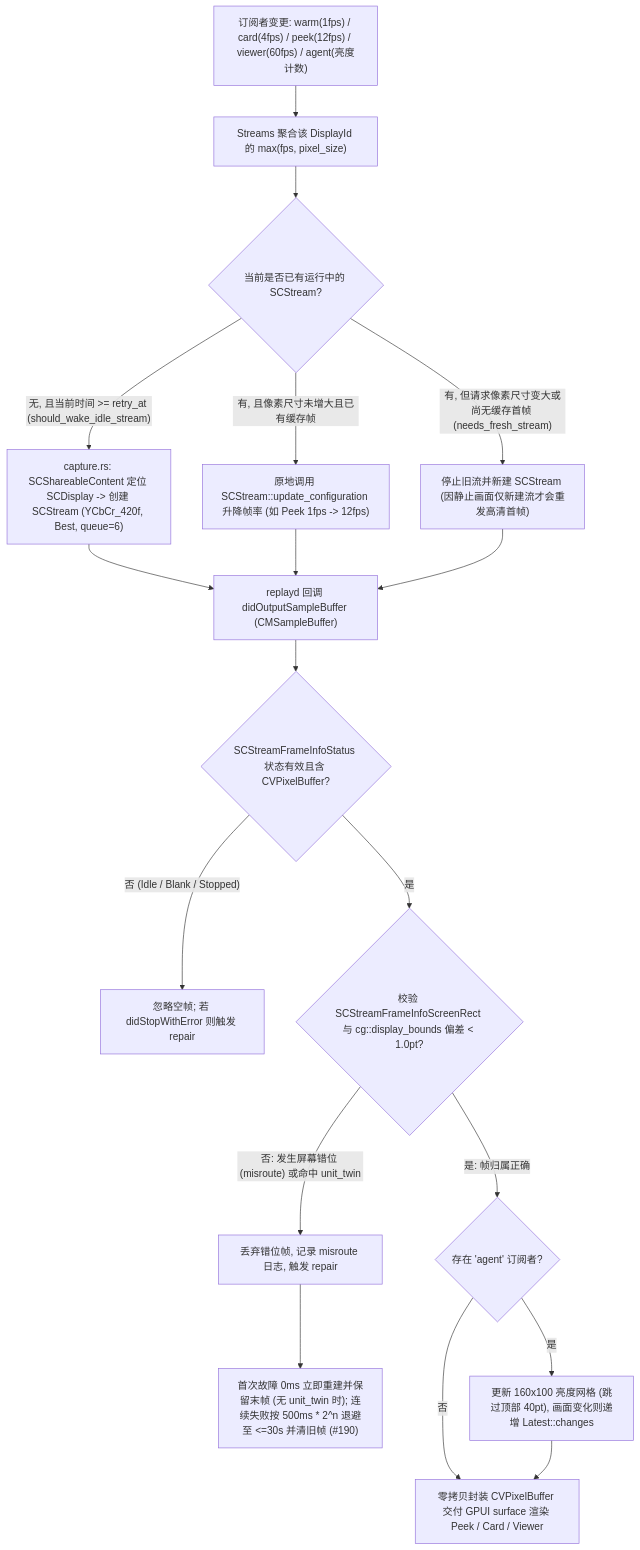
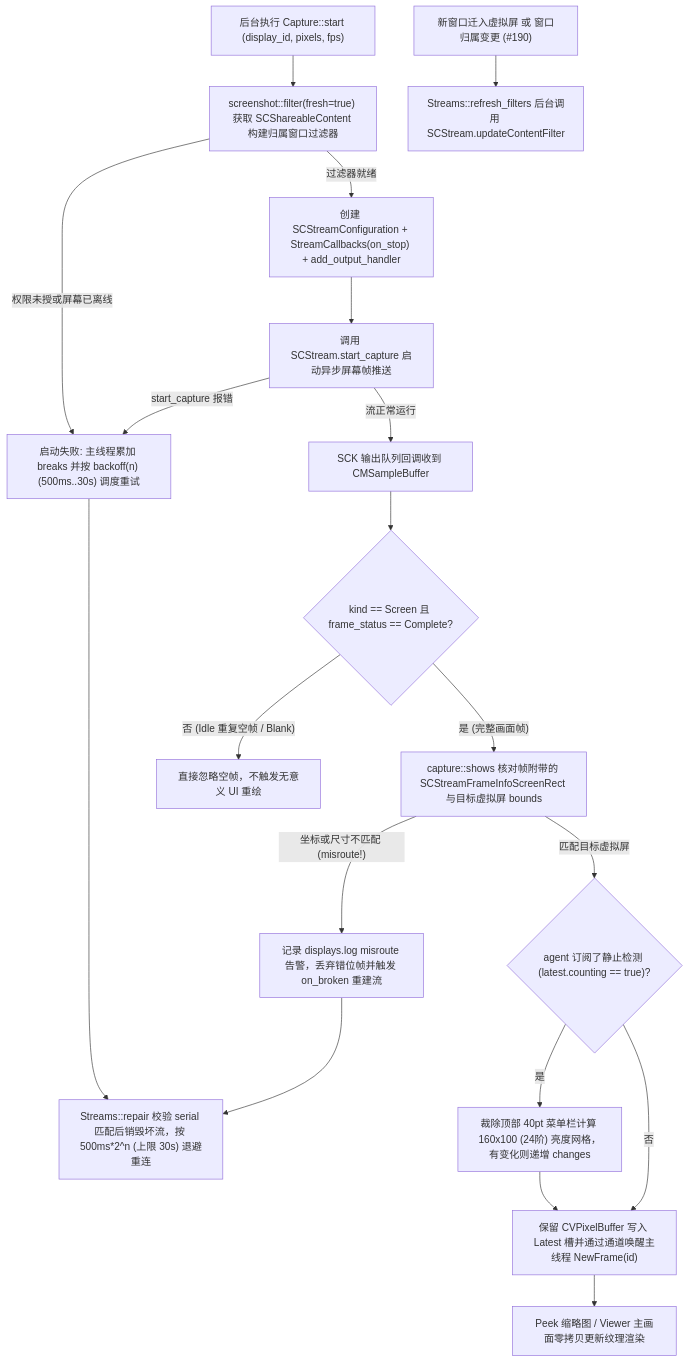
Before and after one commit to Fanzzzd/agent-screen: the second of 2 diagrams in docs/flows/09-peek-and-stream-pipeline.md, drawn with Mermaid. The commit also changed other lines of this file and 16 other files, not shown here.

First line of the commit message:
docs(docs): verify all claims and expand macos flow maps

````diff
--- a/docs/flows/09-peek-and-stream-pipeline.md
+++ b/docs/flows/09-peek-and-stream-pipeline.md
@@ -7,22 +69,21 @@
 ```mermaid
 flowchart TD
-    SUB["订阅者变更: warm(1fps) / card(4fps) / peek(12fps) / viewer(60fps) / agent(亮度计数)"] --> AGG["Streams 聚合该 DisplayId 的 max(fps, pixel_size)"]
-    AGG --> CHK{"当前是否已有运行中的 SCStream?"}
-
-    CHK -- "无, 且当前时间 >= retry_at (should_wake_idle_stream)" --> NEW["capture.rs: SCShareableContent 定位 SCDisplay -> 创建 SCStream (YCbCr_420f, Best, queue=6)"]
-    CHK -- "有, 且像素尺寸未增大且已有缓存帧" --> UPD["原地调用 SCStream::update_configuration 升降帧率 (如 Peek 1fps -> 12fps)"]
-    CHK -- "有, 但请求像素尺寸变大或尚无缓存首帧 (needs_fresh_stream)" --> RST["停止旧流并新建 SCStream (因静止画面仅新建流才会重发高清首帧)"]
-
-    NEW & UPD & RST --> CB["replayd 回调 didOutputSampleBuffer (CMSampleBuffer)"]
-    CB --> STAT{"SCStreamFrameInfoStatus 状态有效且含 CVPixelBuffer?"}
-    STAT -- "否 (Idle / Blank / Stopped)" --> IGNORE["忽略空帧; 若 didStopWithError 则触发 repair"]
-    STAT -- "是" --> MIS{"校验 SCStreamFrameInfoScreenRect 与 cg::display_bounds 偏差 < 1.0pt?"}
-
-    MIS -- "否: 发生屏幕错位 (misroute) 或命中 unit_twin" --> DROP["丢弃错位帧, 记录 misroute 日志, 触发 repair"]
-    DROP --> REP["首次故障 0ms 立即重建并保留末帧 (无 unit_twin 时); 连续失败按 500ms * 2^n 退避至 <=30s 并清旧帧 (#190)"]
-
-    MIS -- "是: 帧归属正确" --> AGENT{"存在 'agent' 订阅者?"}
-    AGENT -- "是" --> LUMA["更新 160x100 亮度网格 (跳过顶部 40pt), 画面变化则递增 Latest::changes"]
-    AGENT -- "否" --> GPU["零拷贝封装 CVPixelBuffer 交付 GPUI surface 渲染 Peek / Card / Viewer"]
-    LUMA --> GPU
+    C1["后台执行 Capture::start (display_id, pixels, fps)"] --> C2["screenshot::filter(fresh=true) 获取 SCShareableContent 构建归属窗口过滤器"]
+    C2 -->|"权限未授或屏幕已离线"| CX1["启动失败: 主线程累加 breaks 并按 backoff(n) (500ms..30s) 调度重试"]
+    C2 -->|"过滤器就绪"| C3["创建 SCStreamConfiguration + StreamCallbacks(on_stop) + add_output_handler"]
+    C3 --> C4["调用 SCStream.start_capture 启动异步屏幕帧推送"]
+    C4 -->|"start_capture 报错"| CX1
+    C4 -->|"流正常运行"| F1["SCK 输出队列回调收到 CMSampleBuffer"]
+    F1 --> F2{"kind == Screen 且 frame_status == Complete?"}
+    F2 -->|"否 (Idle 重复空帧 / Blank)"| FX1["直接忽略空帧，不触发无意义 UI 重绘"]
+    F2 -->|"是 (完整画面帧)"| F3["capture::shows 核对帧附带的 SCStreamFrameInfoScreenRect 与目标虚拟屏 bounds"]
+    F3 -->|"坐标或尺寸不匹配 (misroute!)"| FX2["记录 displays.log misroute 告警，丢弃错位帧并触发 on_broken 重建流"]
+    F3 -->|"匹配目标虚拟屏"| F4{"agent 订阅了静止检测 (latest.counting == true)?"}
+    F4 -->|"是"| F5["裁除顶部 40pt 菜单栏计算 160x100 (24阶) 亮度网格，有变化则递增 changes"]
+    F4 -->|"否"| F6["保留 CVPixelBuffer 写入 Latest 槽并通过通道唤醒主线程 NewFrame(id)"]
+    F5 --> F6
+    F6 --> F7["Peek 缩略图 / Viewer 主画面零拷贝更新纹理渲染"]
+    W1["新窗口迁入虚拟屏 或 窗口归属变更 (#190)"] --> W2["Streams::refresh_filters 后台调用 SCStream.updateContentFilter"]
+    FX2 --> R1["Streams::repair 校验 serial 匹配后销毁坏流，按 500ms*2^n (上限 30s) 退避重连"]
+    CX1 --> R1
 ```
````
